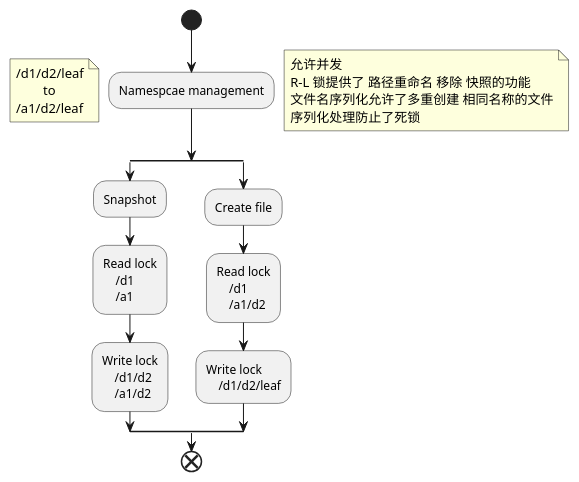
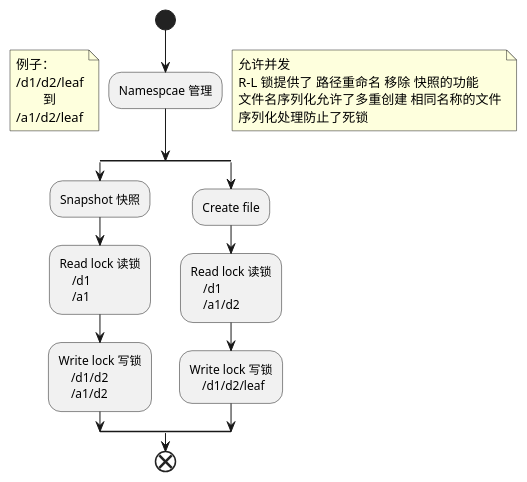
The diagram in src/Activity/function-master.wsd (sonderlau/UML-Lesson), drawn with PlantUML before and after one commit. The commit also changed 10 other files, not shown here.

```diff
--- a/src/Activity/function-master.wsd
+++ b/src/Activity/function-master.wsd
@@ -1,34 +1,35 @@
 @startuml "Master Function"
 start
 
-    :Namespcae management;
+    :Namespcae 管理;
     note left
+        例子：
         /d1/d2/leaf
-                to
+                到
         /a1/d2/leaf
     end note
     note right
         允许并发
         R-L 锁提供了 路径重命名 移除 快照的功能
         文件名序列化允许了多重创建 相同名称的文件
         序列化处理防止了死锁
     end note
 
     split
-        :Snapshot;
-        :Read lock
+        :Snapshot 快照;
+        :Read lock 读锁
             /d1 
             /a1;
-        :Write lock
+        :Write lock 写锁
             /d1/d2
             /a1/d2;
     split again
         :Create file;
-        :Read lock
+        :Read lock 读锁
             /d1
             /a1/d2;
-        :Write lock
+        :Write lock 写锁
             /d1/d2/leaf;
     end split
 end
 @enduml
```
